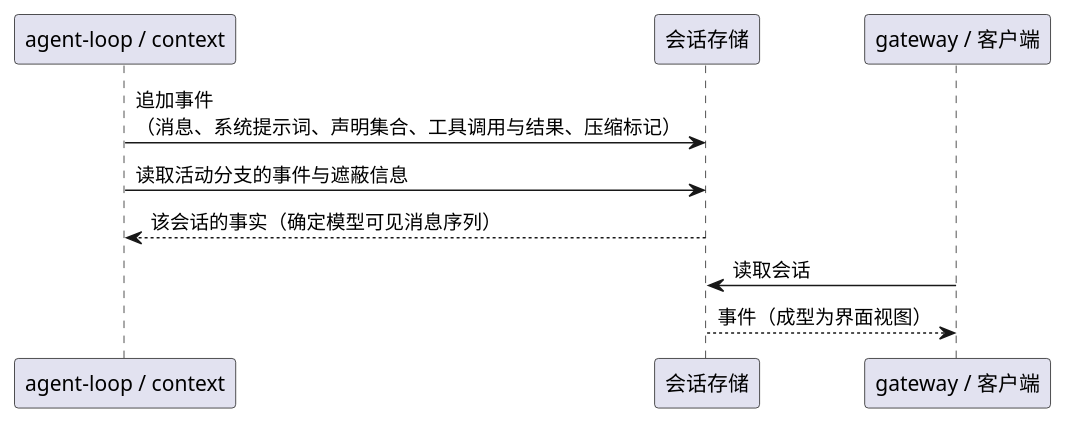
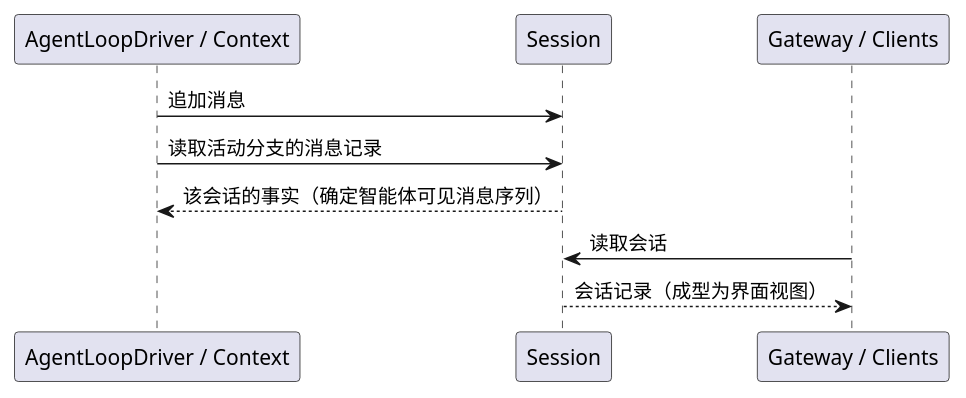
One commit to pisciculus0413/Pisces changed the sixth of 9 diagrams in docs/1 High-Level Design/1 High-Level Design.md. Above: the diagram before and after it, drawn with PlantUML. The commit also changed other lines of this file, not shown here.

````diff
--- a/docs/1 High-Level Design/1 High-Level Design.md
+++ b/docs/1 High-Level Design/1 High-Level Design.md
@@ -513,13 +515,13 @@
 ```plantuml
 @startuml
-participant "agent-loop / context" as core
-participant "会话存储" as store
-participant "gateway / 客户端" as ui
+participant "AgentLoopDriver / Context" as core
+participant "Session" as store
+participant "Gateway / Clients" as ui
 
-core -> store : 追加事件\n（消息、系统提示词、声明集合、工具调用与结果、压缩标记）
-core -> store : 读取活动分支的事件与遮蔽信息
-store --> core : 该会话的事实（确定模型可见消息序列）
+core -> store : 追加消息
+core -> store : 读取活动分支的消息记录
+store --> core : 该会话的事实（确定智能体可见消息序列）
 ui -> store : 读取会话
-store --> ui : 事件（成型为界面视图）
+store --> ui : 会话记录（成型为界面视图）
 @enduml
 ```
````
